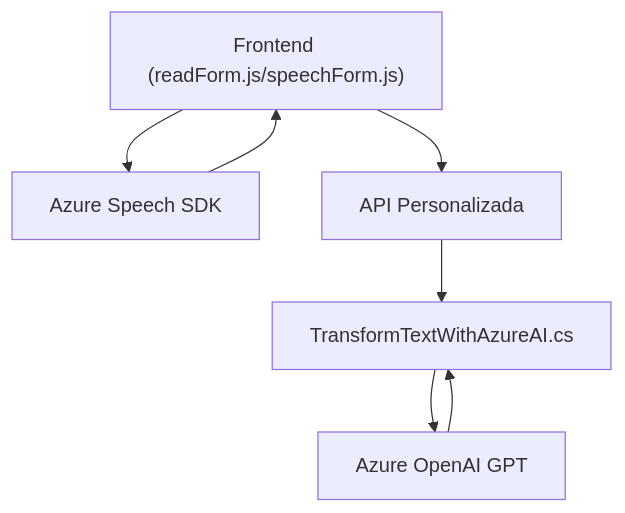
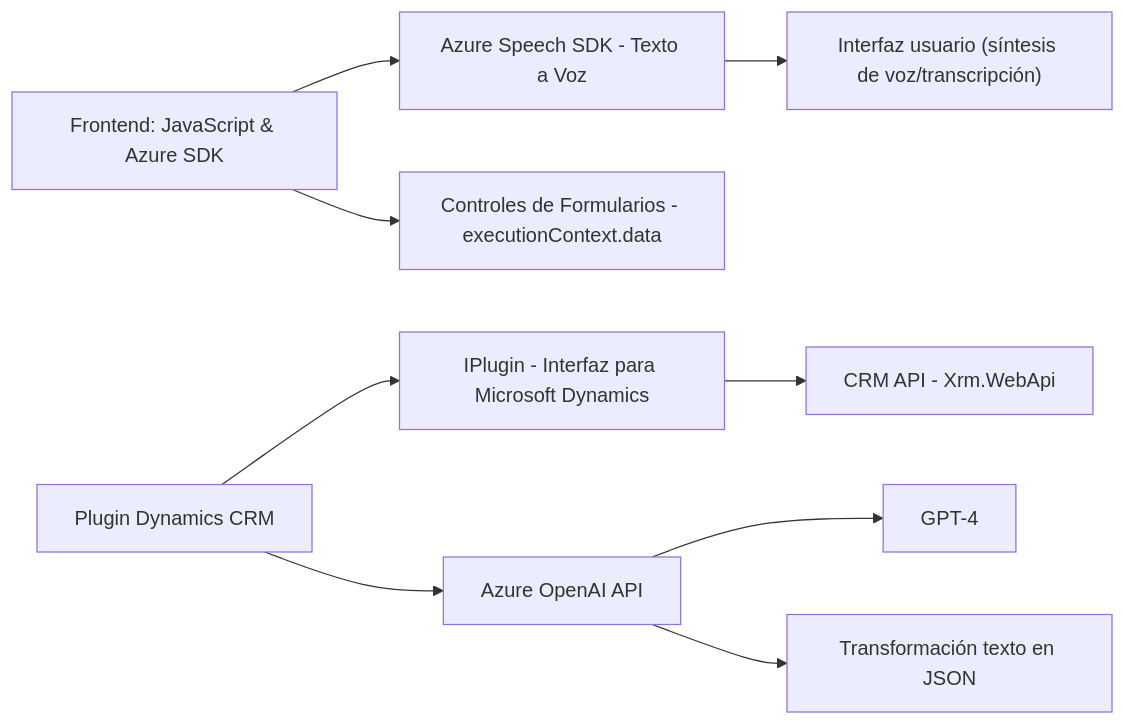
The diagram in README.md (blopezdm/NETCORE_BILBAO2025), drawn with Mermaid before and after one commit. The commit also changed other lines of this file, not shown here.

````diff
--- a/README.md
+++ b/README.md
@@ -46,12 +45,11 @@
 ```mermaid
-graph TD
-    A["Frontend (readForm.js/speechForm.js)"] --> B["Azure Speech SDK"]
-
-    A["Frontend (readForm.js/speechForm.js)"] --> C["API Personalizada"]
-    C["API Personalizada"] --> D["Dynamics CRM (Backend Plugin)"]
-
-    D["TransformTextWithAzureAI.cs"] --> E["Azure OpenAI GPT"]
-
-    B["Azure Speech SDK"] --> A["Frontend (readForm.js/speechForm.js)"]
-    E["Azure OpenAI GPT"] --> D["TransformTextWithAzureAI.cs"]
+graph LR
+  A["Frontend: JavaScript & Azure SDK"] --> B["Azure Speech SDK - Texto a Voz"]
+  A --> C["Controles de Formularios - executionContext.data"]
+  B --> D["Interfaz usuario (síntesis de voz/transcripción)"]
+  E["Plugin Dynamics CRM"] --> F["IPlugin - Interfaz para Microsoft Dynamics"]
+  E --> G["Azure OpenAI API"]
+  G --> H["GPT-4"]
+  F --> J["CRM API - Xrm.WebApi"]
+  G --> I["Transformación texto en JSON"]
 ```
````
